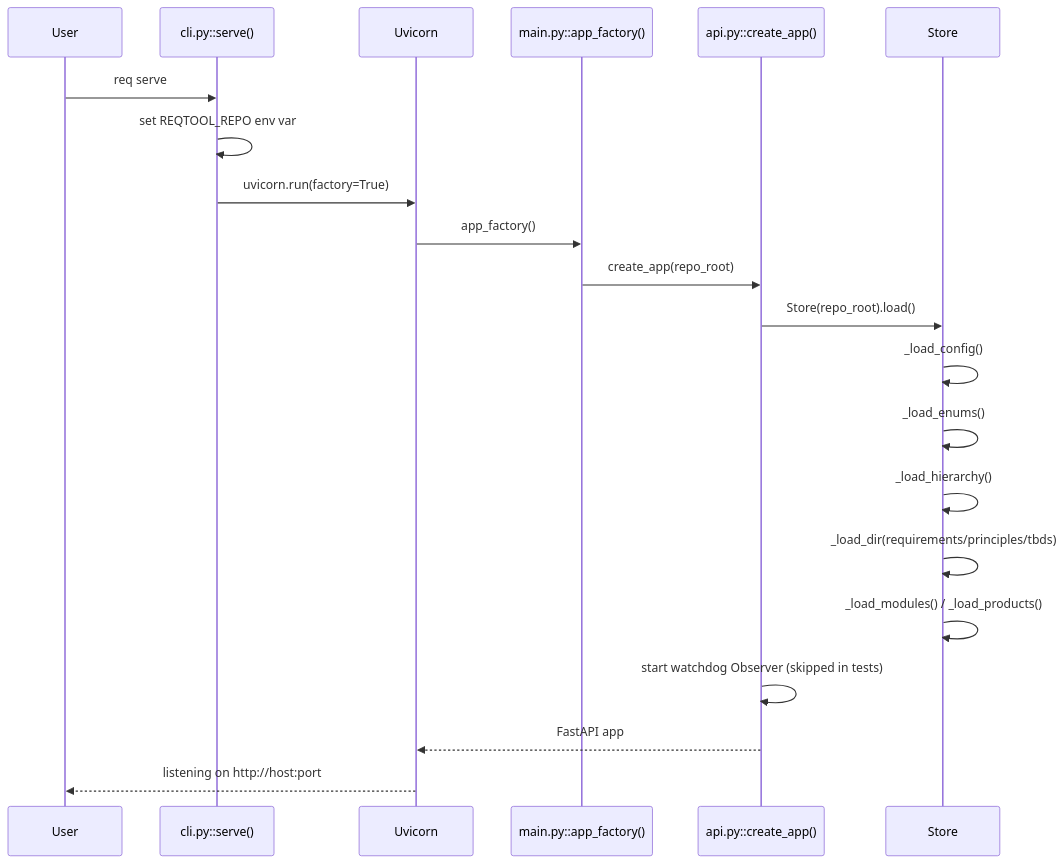
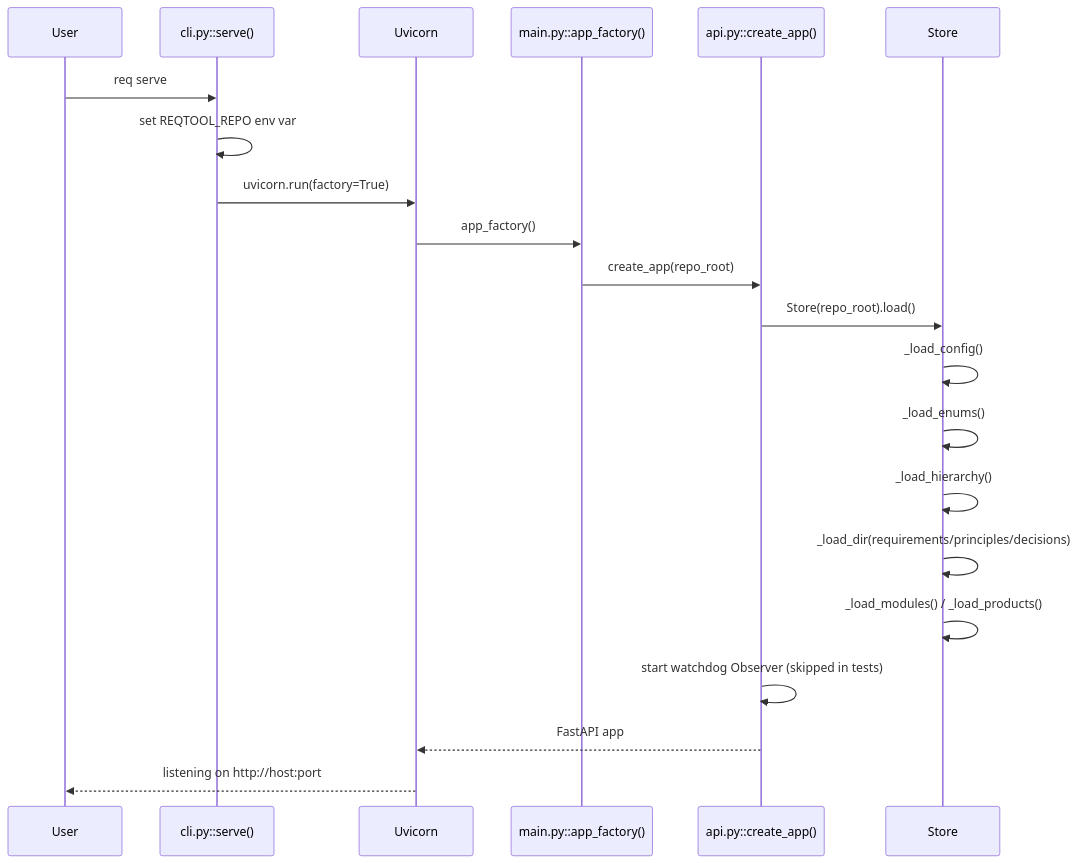
The third of 8 diagrams in docs/ARCHITECTURE.md (markbac/reqtool), drawn with Mermaid before and after one commit. The commit also changed other lines of this file and 152 other files, not shown here.

First line of the commit message:
Layered architecture (ARC-02..06), service layer, test tiers (QA-01), docs

````diff
--- a/docs/ARCHITECTURE.md
+++ b/docs/ARCHITECTURE.md
@@ -86,24 +105,24 @@
 ```mermaid
 sequenceDiagram
     participant User
     participant CLI as cli.py::serve()
     participant Uvicorn
     participant Main as main.py::app_factory()
     participant API as api.py::create_app()
     participant Store
 
     User->>CLI: req serve
     CLI->>CLI: set REQTOOL_REPO env var
     CLI->>Uvicorn: uvicorn.run(factory=True)
     Uvicorn->>Main: app_factory()
     Main->>API: create_app(repo_root)
     API->>Store: Store(repo_root).load()
     Store->>Store: _load_config()
     Store->>Store: _load_enums()
     Store->>Store: _load_hierarchy()
-    Store->>Store: _load_dir(requirements/principles/tbds)
+    Store->>Store: _load_dir(requirements/principles/decisions)
     Store->>Store: _load_modules() / _load_products()
     API->>API: start watchdog Observer (skipped in tests)
     API-->>Uvicorn: FastAPI app
     Uvicorn-->>User: listening on http://host:port
 ```
````
